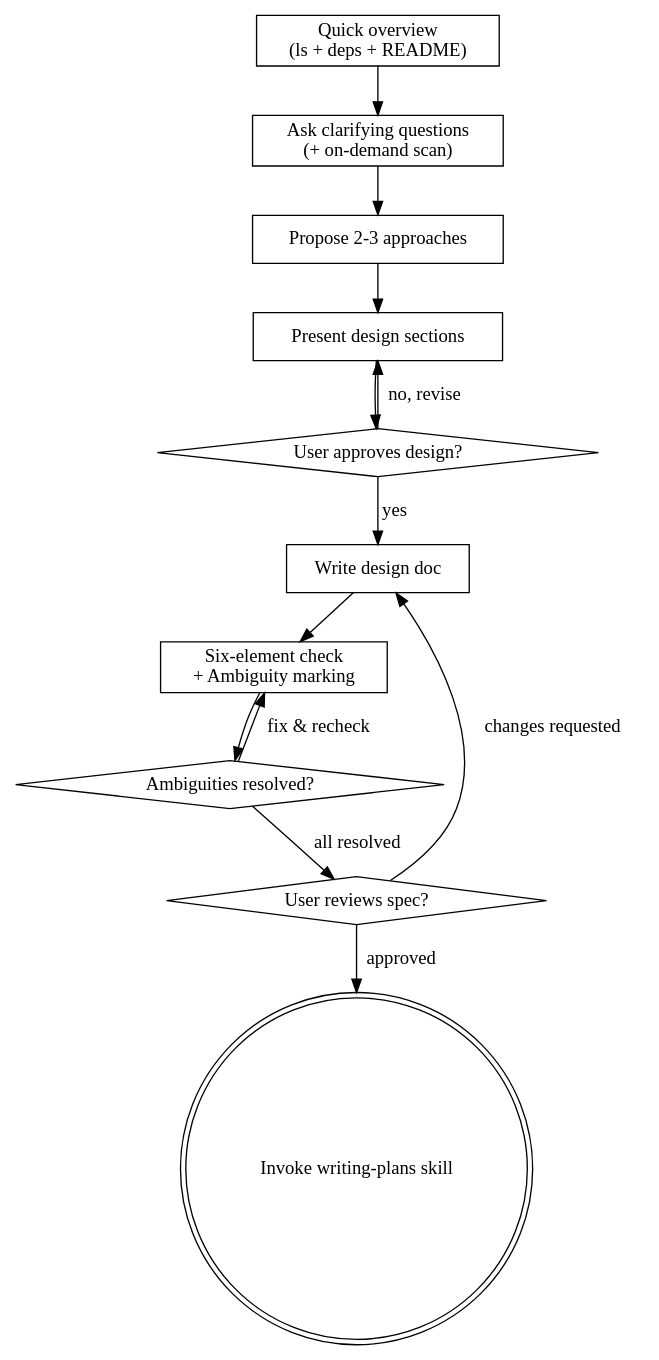
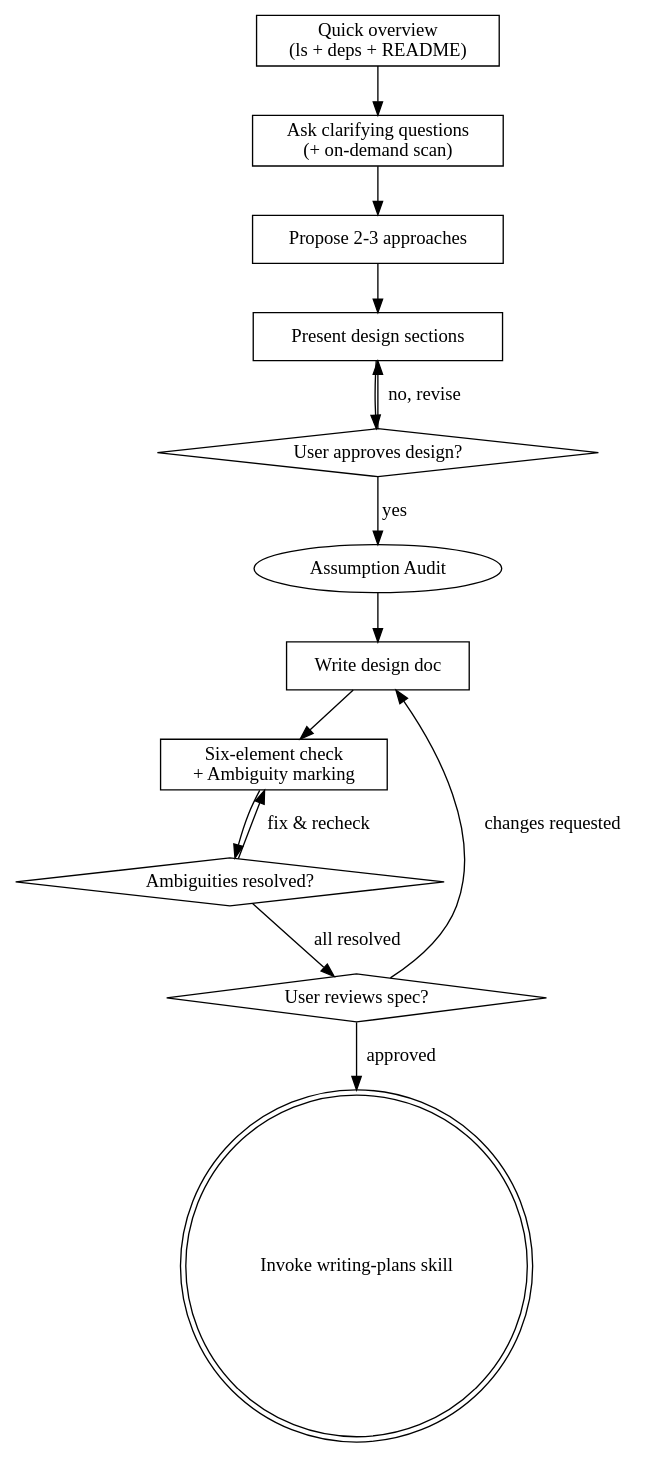
One commit to zhushanwen321/xyz-harness changed the diagram in skills/xyz-harness-brainstorming/SKILL.md. Above: the diagram before and after it, drawn with Graphviz. The commit also changed other lines of this file and 9 other files, not shown here.

````diff
--- a/skills/xyz-harness-brainstorming/SKILL.md
+++ b/skills/xyz-harness-brainstorming/SKILL.md
@@ -71,27 +73,28 @@
 ```dot
 digraph brainstorming {
     "Quick overview\n(ls + deps + README)" [shape=box];
     "Ask clarifying questions\n(+ on-demand scan)" [shape=box];
     "Propose 2-3 approaches" [shape=box];
     "Present design sections" [shape=box];
     "User approves design?" [shape=diamond];
     "Write design doc" [shape=box];
     "Six-element check\n+ Ambiguity marking" [shape=box];
     "Ambiguities resolved?" [shape=diamond];
     "User reviews spec?" [shape=diamond];
     "Invoke writing-plans skill" [shape=doublecircle];
 
     "Quick overview\n(ls + deps + README)" -> "Ask clarifying questions\n(+ on-demand scan)";
     "Ask clarifying questions\n(+ on-demand scan)" -> "Propose 2-3 approaches";
     "Propose 2-3 approaches" -> "Present design sections";
     "Present design sections" -> "User approves design?";
     "User approves design?" -> "Present design sections" [label="no, revise"];
-    "User approves design?" -> "Write design doc" [label="yes"];
+    "User approves design?" -> "Assumption Audit" [label="yes"];
+    "Assumption Audit" -> "Write design doc";
     "Write design doc" -> "Six-element check\n+ Ambiguity marking";
     "Six-element check\n+ Ambiguity marking" -> "Ambiguities resolved?";
     "Ambiguities resolved?" -> "Six-element check\n+ Ambiguity marking" [label="fix & recheck"];
     "Ambiguities resolved?" -> "User reviews spec?" [label="all resolved"];
     "User reviews spec?" -> "Write design doc" [label="changes requested"];
     "User reviews spec?" -> "Invoke writing-plans skill" [label="approved"];
 }
 ```
````
